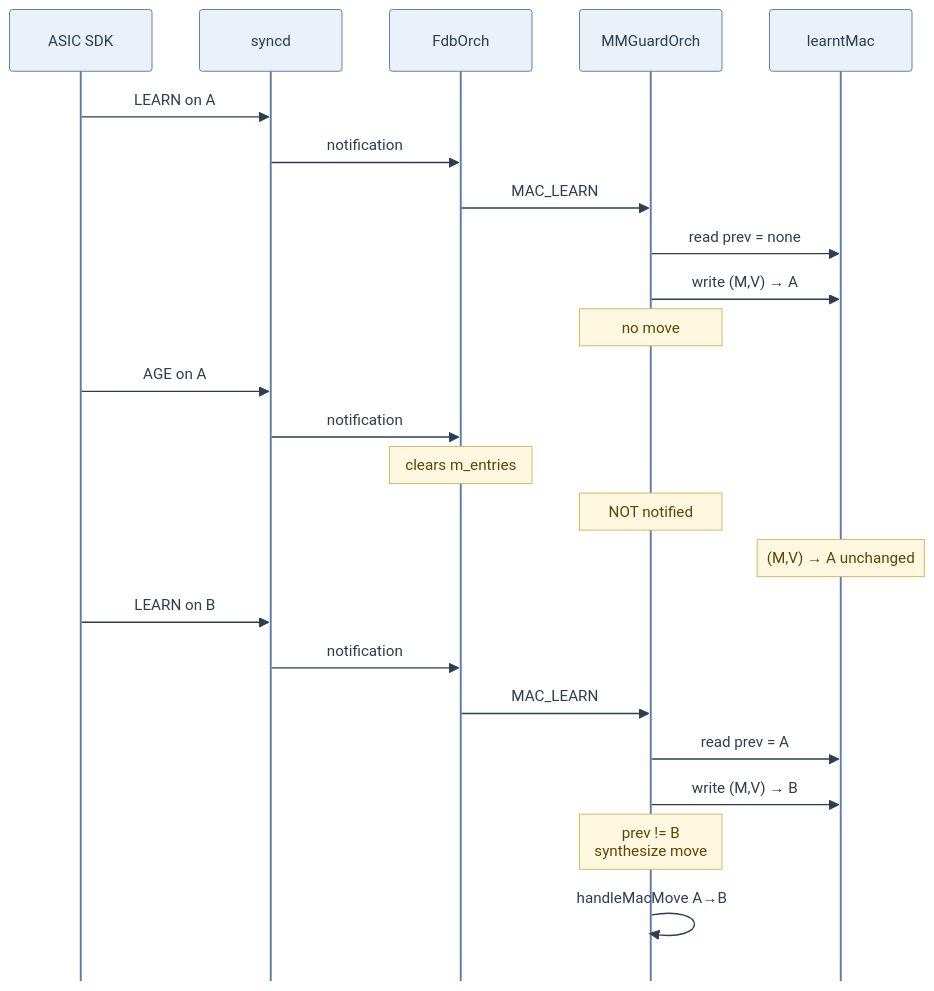
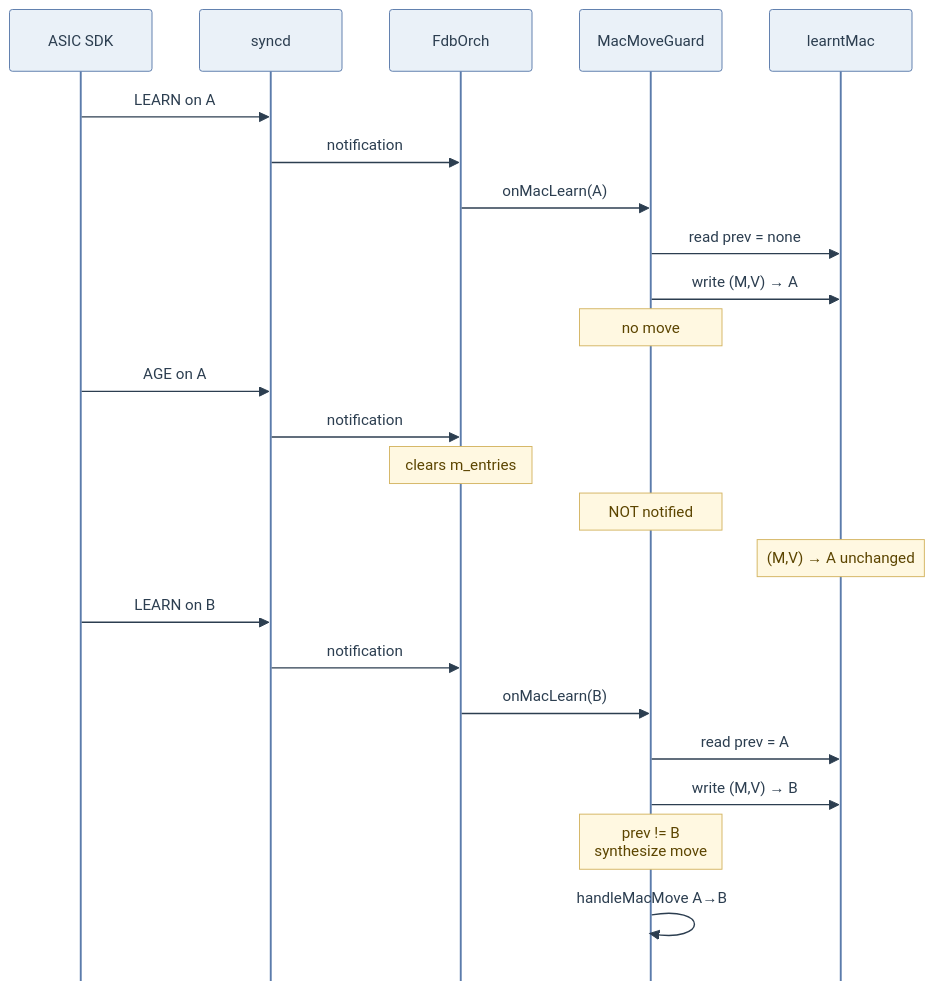
The third of 7 diagrams in doc/mac_move_guard/MAC_MOVE_GUARD_HLD.md (sonic-net/SONiC), drawn with Mermaid before and after one commit. The commit also changed other lines of this file, not shown here.

Commit message:
Modified document to reflect that the mac move guard sits inside fdbOrch. Added phase-2 plans Added a section to explain the interaction of this feature with Notification Dedup mechanism

````diff
--- a/doc/mac_move_guard/MAC_MOVE_GUARD_HLD.md
+++ b/doc/mac_move_guard/MAC_MOVE_GUARD_HLD.md
@@ -195,30 +199,30 @@
 ```mermaid
 %%{init: {'theme':'base','themeVariables':{'primaryColor':'#EAF1F8','primaryBorderColor':'#5B7BAB','primaryTextColor':'#2C3E50','lineColor':'#7A8B9F','secondaryColor':'#F4F0E8','tertiaryColor':'#F9FAFC','noteBkgColor':'#FFF8E1','noteTextColor':'#5C4500','noteBorderColor':'#D4B563','actorBkg':'#EAF1F8','actorBorder':'#5B7BAB','actorTextColor':'#2C3E50','fontSize':'9px'},'sequence':{'useMaxWidth':false,'actorFontSize':9,'noteFontSize':9,'messageFontSize':9,'mirrorActors':false}}}%%
 sequenceDiagram
     participant ASIC as ASIC SDK
     participant SYN as syncd
     participant FDB as FdbOrch
-    participant MMG as MMGuardOrch
+    participant MMG as MacMoveGuard
     participant C as learntMac
 
     ASIC->>SYN: LEARN on A
     SYN->>FDB: notification
-    FDB->>MMG: MAC_LEARN
+    FDB->>MMG: onMacLearn(A)
     MMG->>C: read prev = none
     MMG->>C: write (M,V) → A
     Note over MMG: no move
 
     ASIC->>SYN: AGE on A
     SYN->>FDB: notification
     Note over FDB: clears m_entries
     Note over MMG: NOT notified
     Note over C: (M,V) → A unchanged
 
     ASIC->>SYN: LEARN on B
     SYN->>FDB: notification
-    FDB->>MMG: MAC_LEARN
+    FDB->>MMG: onMacLearn(B)
     MMG->>C: read prev = A
     MMG->>C: write (M,V) → B
     Note over MMG: prev != B<br/>synthesize move
     MMG->>MMG: handleMacMove A→B
 ```
````
